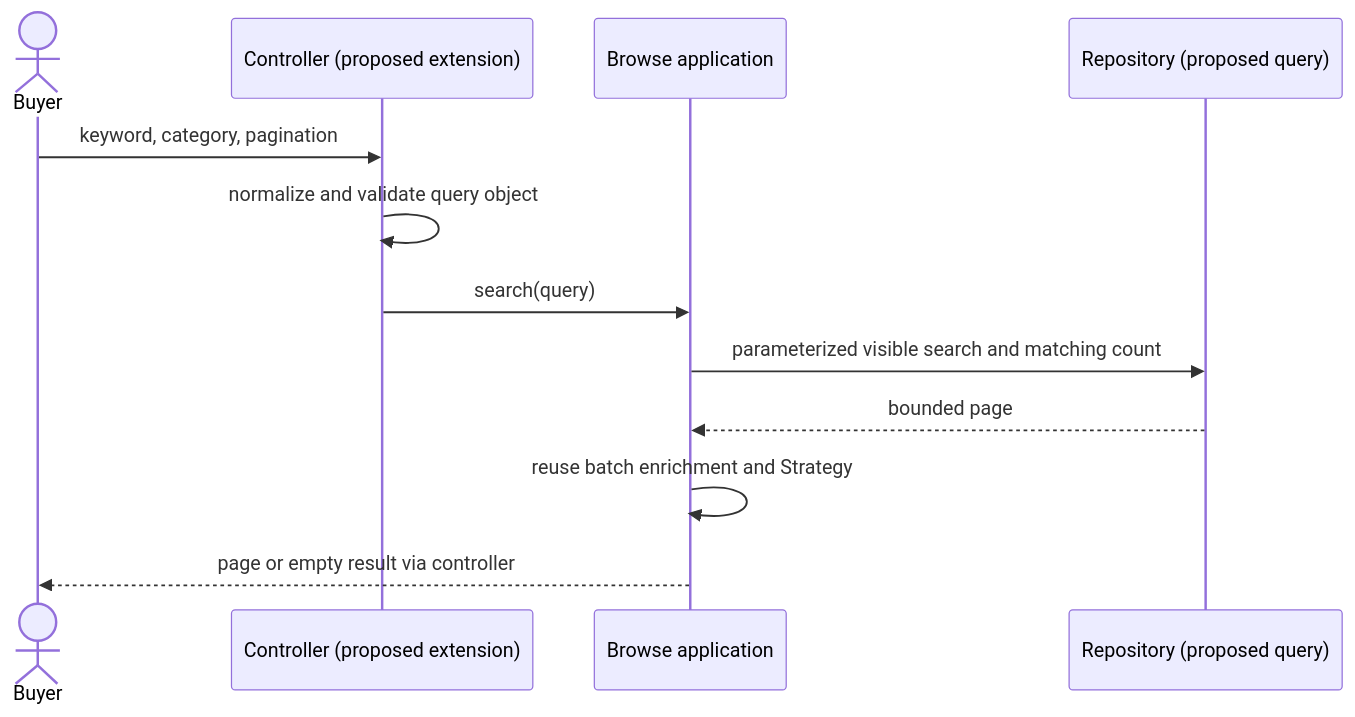
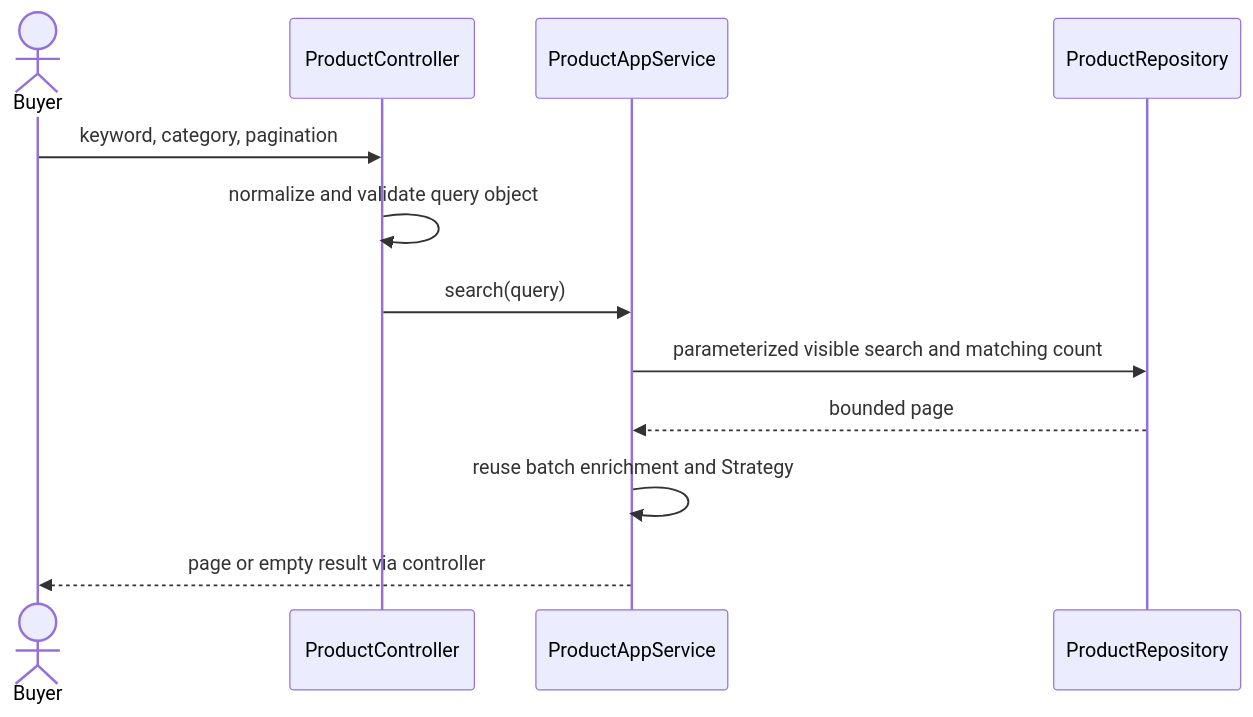
One commit to PPsyrius/iss-groupbuy-team8 changed the third of 12 diagrams in backend/docs/design/backend-skeleton-plan.md. Above: the diagram before and after it, drawn with Mermaid. The commit also changed other lines of this file and 27 other files, not shown here.

````diff
--- a/backend/docs/design/backend-skeleton-plan.md
+++ b/backend/docs/design/backend-skeleton-plan.md
@@ -339,14 +339,14 @@
 ```mermaid
 sequenceDiagram
     actor Buyer
-    participant C as Controller (proposed extension)
-    participant A as Browse application
-    participant R as Repository (proposed query)
+    participant C as ProductController
+    participant A as ProductAppService
+    participant R as ProductRepository
     Buyer->>C: keyword, category, pagination
     C->>C: normalize and validate query object
     C->>A: search(query)
     A->>R: parameterized visible search and matching count
     R-->>A: bounded page
     A->>A: reuse batch enrichment and Strategy
     A-->>Buyer: page or empty result via controller
 ```
````
